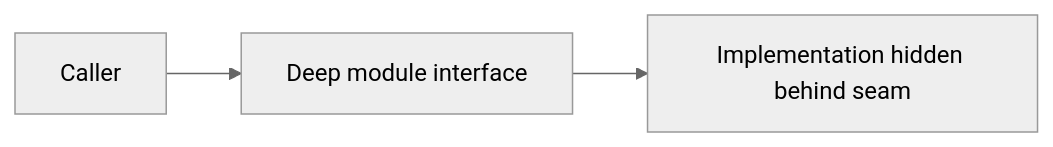
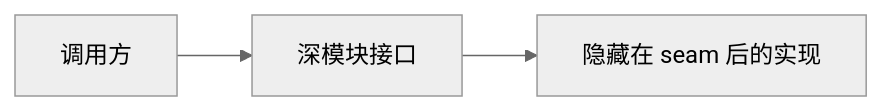
Before and after one commit to iloveZzz/yss-spec-project-template: the second of 2 diagrams in docs/architecture/templates/architecture-deepening-template.md, drawn with Mermaid (neutral theme). The commit also changed other lines of this file and 27 other files, not shown here.

````diff
--- a/docs/architecture/templates/architecture-deepening-template.md
+++ b/docs/architecture/templates/architecture-deepening-template.md
@@ -36,5 +36,5 @@
 ```mermaid
 flowchart LR
-    A[Caller] --> B[Deep module interface]
-    B --> C[Implementation hidden behind seam]
+    A[调用方] --> B[深模块接口]
+    B --> C[隐藏在 seam 后的实现]
 ```
````
